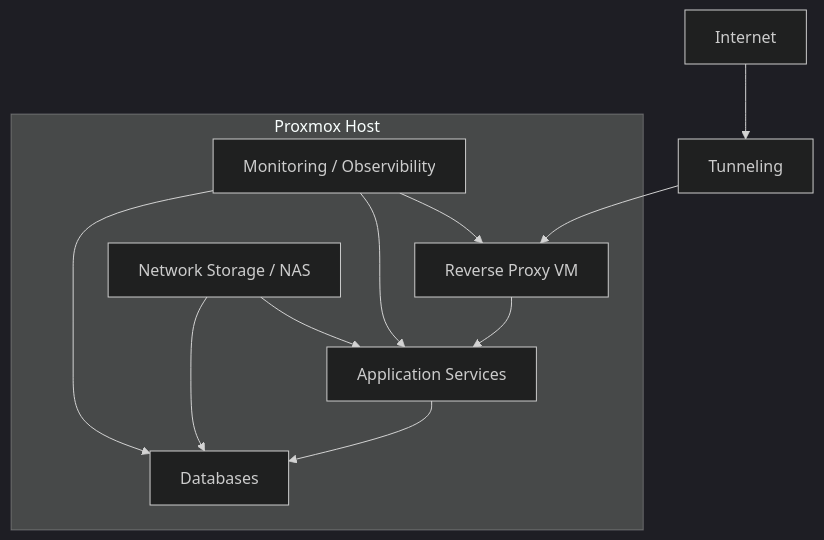
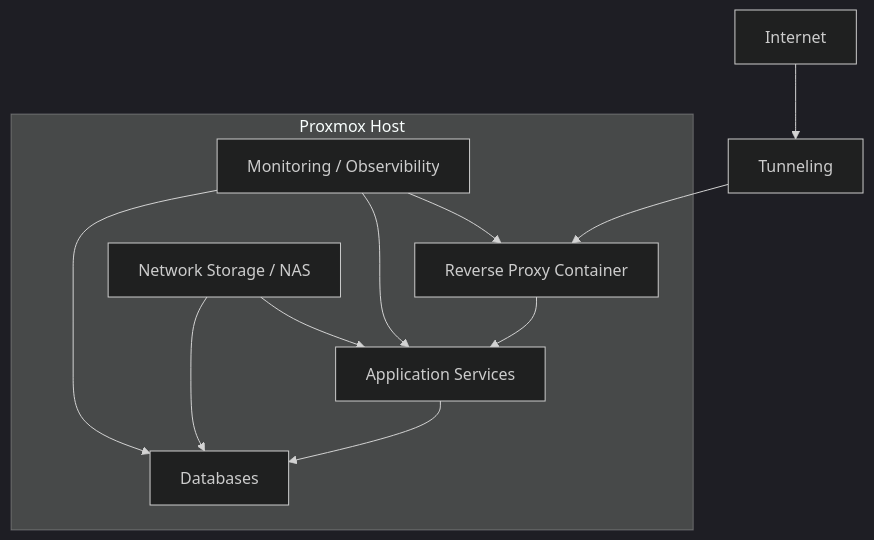
The first of 3 diagrams in content/posts/building-proxmox-homelab/index.md (Umi4Life/umi4.life), drawn with Mermaid (dark theme) before and after one commit.

````diff
--- a/content/posts/building-proxmox-homelab/index.md
+++ b/content/posts/building-proxmox-homelab/index.md
@@ -16,21 +16,21 @@
 ```mermaid
 flowchart TD
 
     %% Entry
     A[Internet] --> B[Tunneling]
-    B --> C[Reverse Proxy VM]
+    B --> C[Reverse Proxy Container]
 
     %% Core
     subgraph Proxmox Host
         C --> D[Application Services]
         D --> E[Databases]
         F[Network Storage / NAS] --> D
         F --> E
         G[Monitoring / Observibility]
     end
 
     %% Observability
     G --> C
     G --> D
     G --> E
 ```
````
